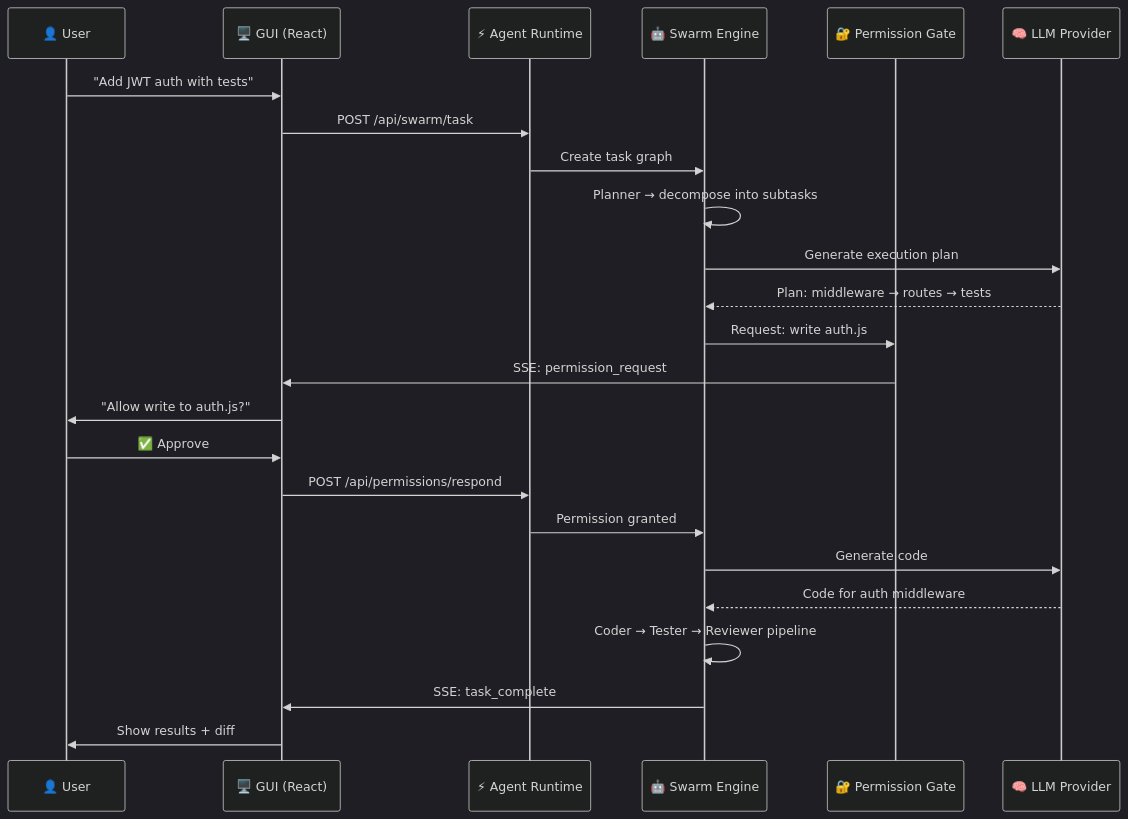
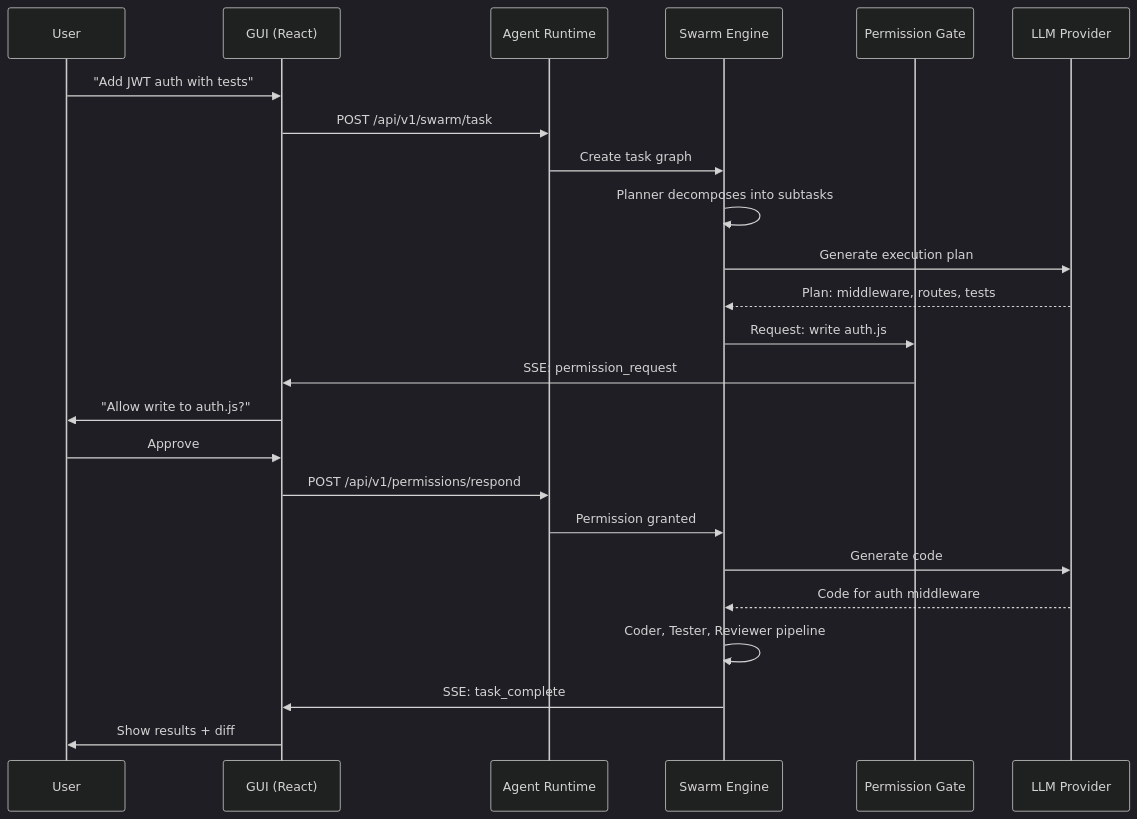
One commit to inbharat-ai/codein.pro changed the second of 5 diagrams in README.md. Above: the diagram before and after it, drawn with Mermaid (dark theme). The commit also changed other lines of this file and 67 other files, not shown here.

````diff
--- a/README.md
+++ b/README.md
@@ -259,27 +267,27 @@
 ```mermaid
 sequenceDiagram
-    participant U as 👤 User
-    participant G as 🖥️ GUI (React)
-    participant A as ⚡ Agent Runtime
-    participant S as 🤖 Swarm Engine
-    participant P as 🔐 Permission Gate
-    participant AI as 🧠 LLM Provider
+    participant U as User
+    participant G as GUI (React)
+    participant A as Agent Runtime
+    participant S as Swarm Engine
+    participant P as Permission Gate
+    participant AI as LLM Provider
 
     U->>G: "Add JWT auth with tests"
-    G->>A: POST /api/swarm/task
+    G->>A: POST /api/v1/swarm/task
     A->>S: Create task graph
-    S->>S: Planner → decompose into subtasks
+    S->>S: Planner decomposes into subtasks
     S->>AI: Generate execution plan
-    AI-->>S: Plan: middleware → routes → tests
+    AI-->>S: Plan: middleware, routes, tests
     S->>P: Request: write auth.js
     P->>G: SSE: permission_request
     G->>U: "Allow write to auth.js?"
-    U->>G: ✅ Approve
-    G->>A: POST /api/permissions/respond
+    U->>G: Approve
+    G->>A: POST /api/v1/permissions/respond
     A->>S: Permission granted
     S->>AI: Generate code
     AI-->>S: Code for auth middleware
-    S->>S: Coder → Tester → Reviewer pipeline
+    S->>S: Coder, Tester, Reviewer pipeline
     S->>G: SSE: task_complete
     G->>U: Show results + diff
 ```
````
